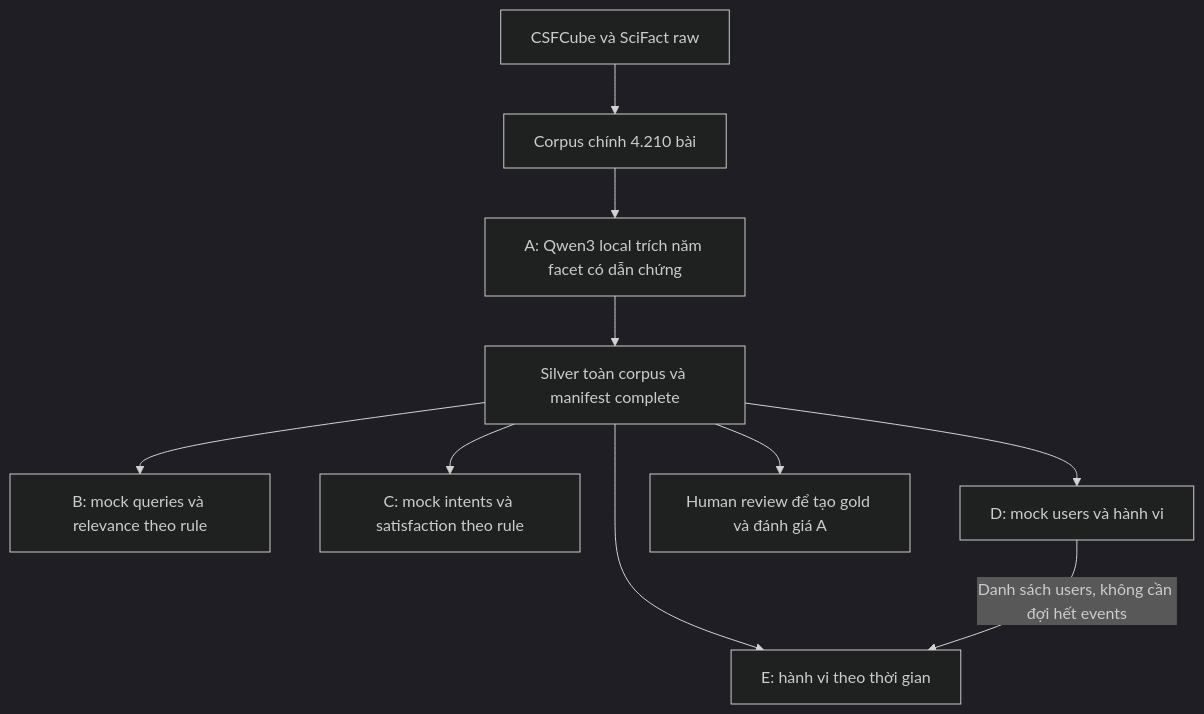
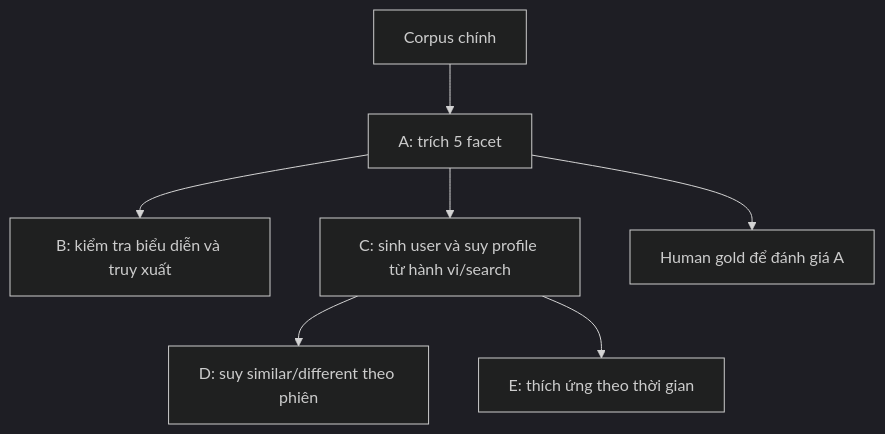
One commit to Hakuchoiii2/Paper-and-conference-recommendation changed the diagram in paper-and-conference-recommendation-experiments/README.md. Above: the diagram before and after it, drawn with Mermaid (dark theme). The commit also changed other lines of this file and 48 other files, not shown here.

````diff
--- a/paper-and-conference-recommendation-experiments/README.md
+++ b/paper-and-conference-recommendation-experiments/README.md
@@ -70,12 +74,9 @@
-```mermaid
+~~~mermaid
 flowchart TD
-    RAW[CSFCube và SciFact raw] --> CORPUS[Corpus chính 4.210 bài]
-    CORPUS --> A[A: Qwen3 local trích năm facet có dẫn chứng]
-    A --> SILVER[Silver toàn corpus và manifest complete]
-    SILVER --> B[B: mock queries và relevance theo rule]
-    SILVER --> C[C: mock intents và satisfaction theo rule]
-    SILVER --> D[D: mock users và hành vi]
-    SILVER --> E[E: hành vi theo thời gian]
-    D -->|Danh sách users, không cần đợi hết events| E
-    SILVER --> REVIEW[Human review để tạo gold và đánh giá A]
-```
+    CORPUS[Corpus chính] --> A[A: trích 5 facet]
+    A --> B[B: kiểm tra biểu diễn và truy xuất]
+    A --> C[C: sinh user và suy profile từ hành vi/search]
+    C --> D[D: suy similar/different theo phiên]
+    C --> E[E: thích ứng theo thời gian]
+    A --> GOLD[Human gold để đánh giá A]
+~~~
````
